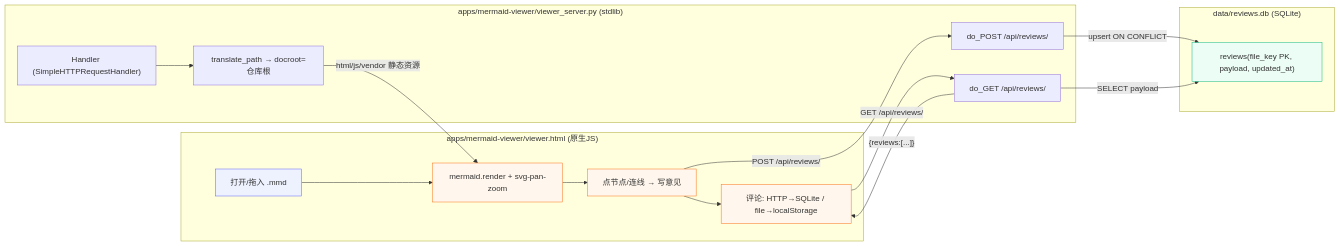
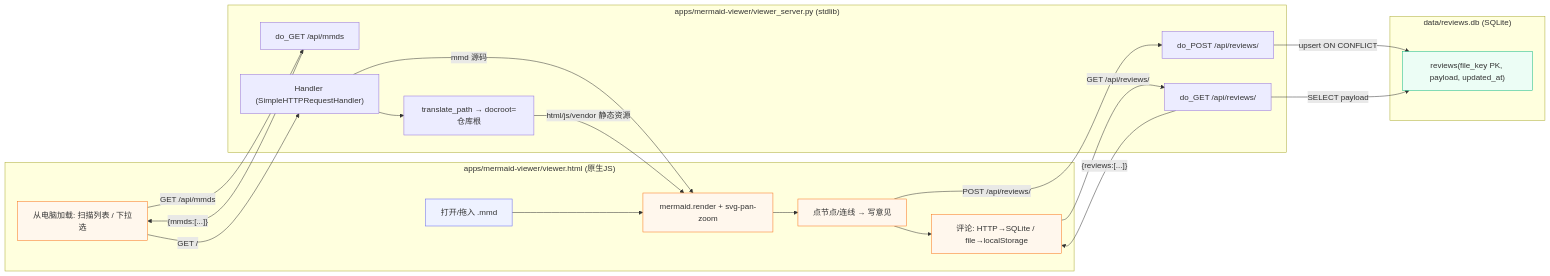
Before and after one commit to weweaq/monoRepo: the diagram in apps/mermaid-viewer/docs/architecture-flow.mmd, drawn with Mermaid. The commit also changed 5 other files, not shown here.

First line of the commit message:
feat(mermaid-viewer): 手机端从电脑按仓库路径加载 .mmd，加 /api/mmds 扫描与防缓存

```diff
--- a/apps/mermaid-viewer/docs/architecture-flow.mmd
+++ b/apps/mermaid-viewer/docs/architecture-flow.mmd
@@ -1,38 +1,44 @@
 %% mermaid-viewer 应用架构图（单一真源，节点可回溯源码符号）
 %% 数据流: 查看 与 评注 两条路径
 
 flowchart LR
     subgraph Frontend["apps/mermaid-viewer/viewer.html (原生JS)"]
         OPEN[打开/拖入 .mmd]
+        PICK[从电脑加载: 扫描列表 / 下拉选]
         RENDER[mermaid.render + svg-pan-zoom]
         REVIEW[点节点/连线 → 写意见]
         DUAL[评论: HTTP→SQLite / file→localStorage]
     end
 
     subgraph Server["apps/mermaid-viewer/viewer_server.py (stdlib)"]
         API_GET["do_GET /api/reviews/<key>"]
         API_POST["do_POST /api/reviews/<key>"]
+        MMDS["do_GET /api/mmds"]
         STATIC["translate_path → docroot=仓库根"]
         H["Handler (SimpleHTTPRequestHandler)"]
     end
 
     subgraph Store["data/reviews.db (SQLite)"]
         TBL["reviews(file_key PK, payload, updated_at)"]
     end
 
     OPEN --> RENDER --> REVIEW --> DUAL
+    PICK -->|"GET /api/mmds"| MMDS
+    MMDS -->|"{mmds:[...]}"| PICK
+    PICK -->|"GET /<path>"| H
+    H -->|"mmd 源码"| RENDER
     REVIEW -->|"POST /api/reviews/<key>"| API_POST
     API_POST -->|"upsert ON CONFLICT"| TBL
     DUAL -->|"GET /api/reviews/<key>"| API_GET
     API_GET -->|"SELECT payload"| TBL
     API_GET -->|"{reviews:[...]}"| DUAL
 
     H --> STATIC
     STATIC -->|"html/js/vendor 静态资源"| RENDER
 
     classDef entry fill:#eef2ff,stroke:#6366f1;
     classDef core fill:#fff7ed,stroke:#f97316;
     classDef store fill:#ecfdf5,stroke:#10b981;
-    class INCRI,RENDER,REVIEW,DUAL core;
+    class PICK,INCRI,RENDER,REVIEW,DUAL core;
     class OPEN entry;
     class TBL store;
```
